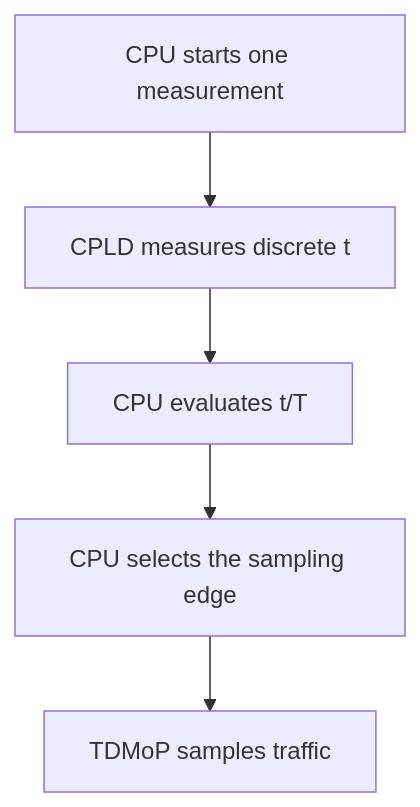
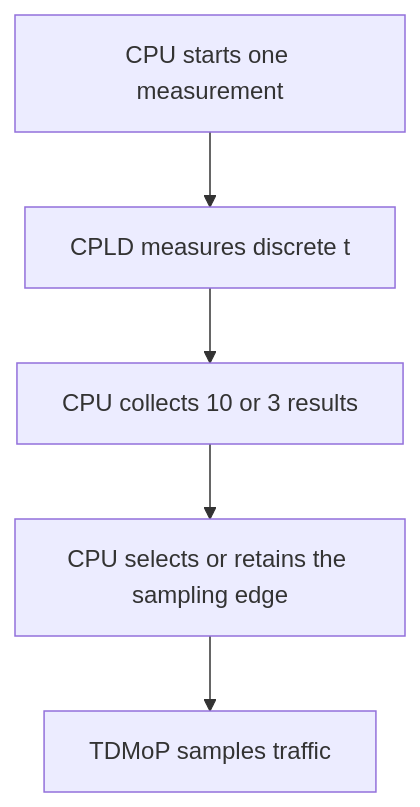
Before and after one commit to jwen2003/adaptive-sampling-monitor: the diagram in docs/design_intent_EN.md, drawn with Mermaid. The commit also changed other lines of this file and 34 other files, not shown here.

First line of the commit message:
Add CPU sampling decision reference model

````diff
--- a/docs/design_intent_EN.md
+++ b/docs/design_intent_EN.md
@@ -13,7 +14,7 @@
 ```mermaid
 flowchart TD
     A["CPU starts one measurement"] --> B["CPLD measures discrete t"]
-    B --> C["CPU evaluates t/T"]
-    C --> D["CPU selects the sampling edge"]
+    B --> C["CPU collects 10 or 3 results"]
+    C --> D["CPU selects or retains the sampling edge"]
     D --> E["TDMoP samples traffic"]
 ```
````
